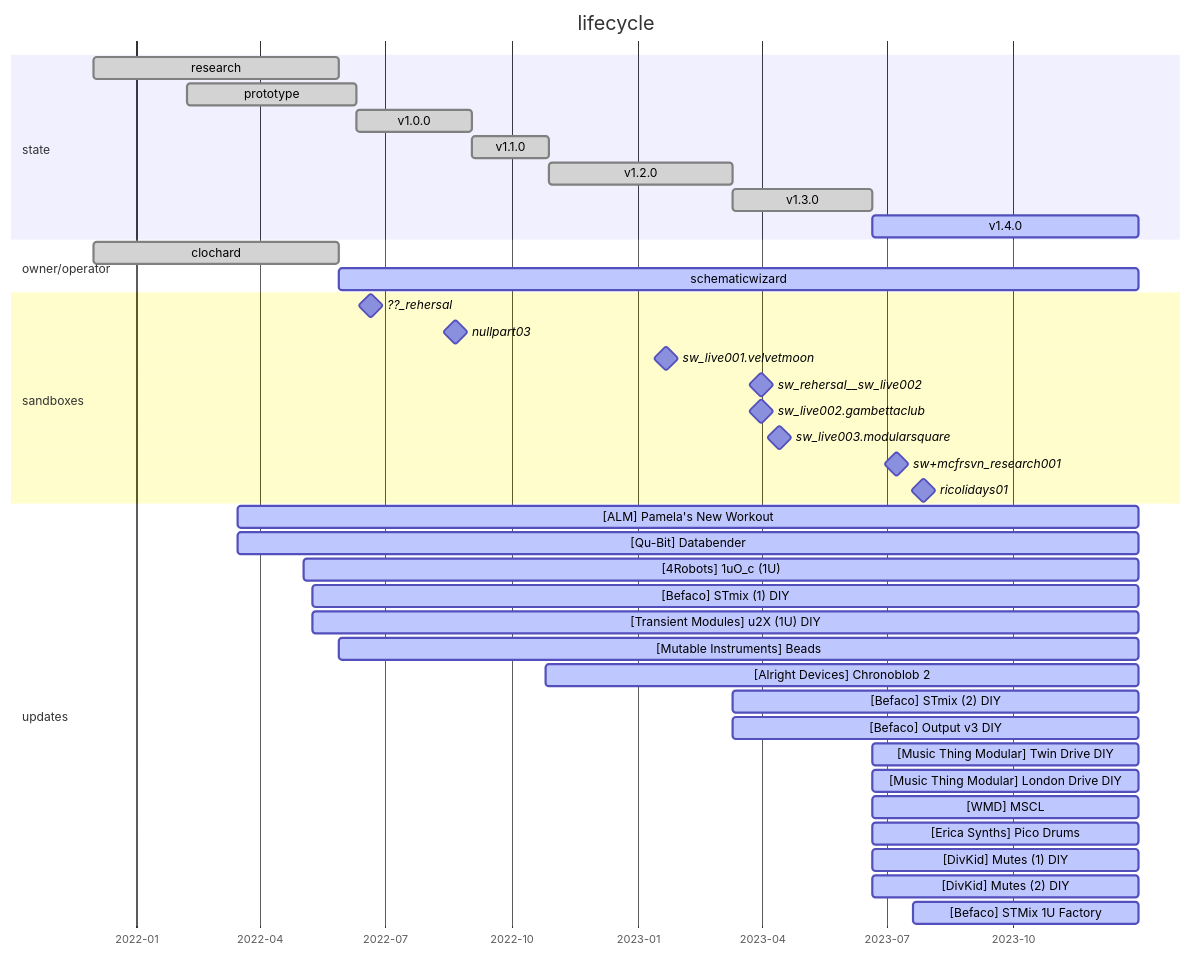
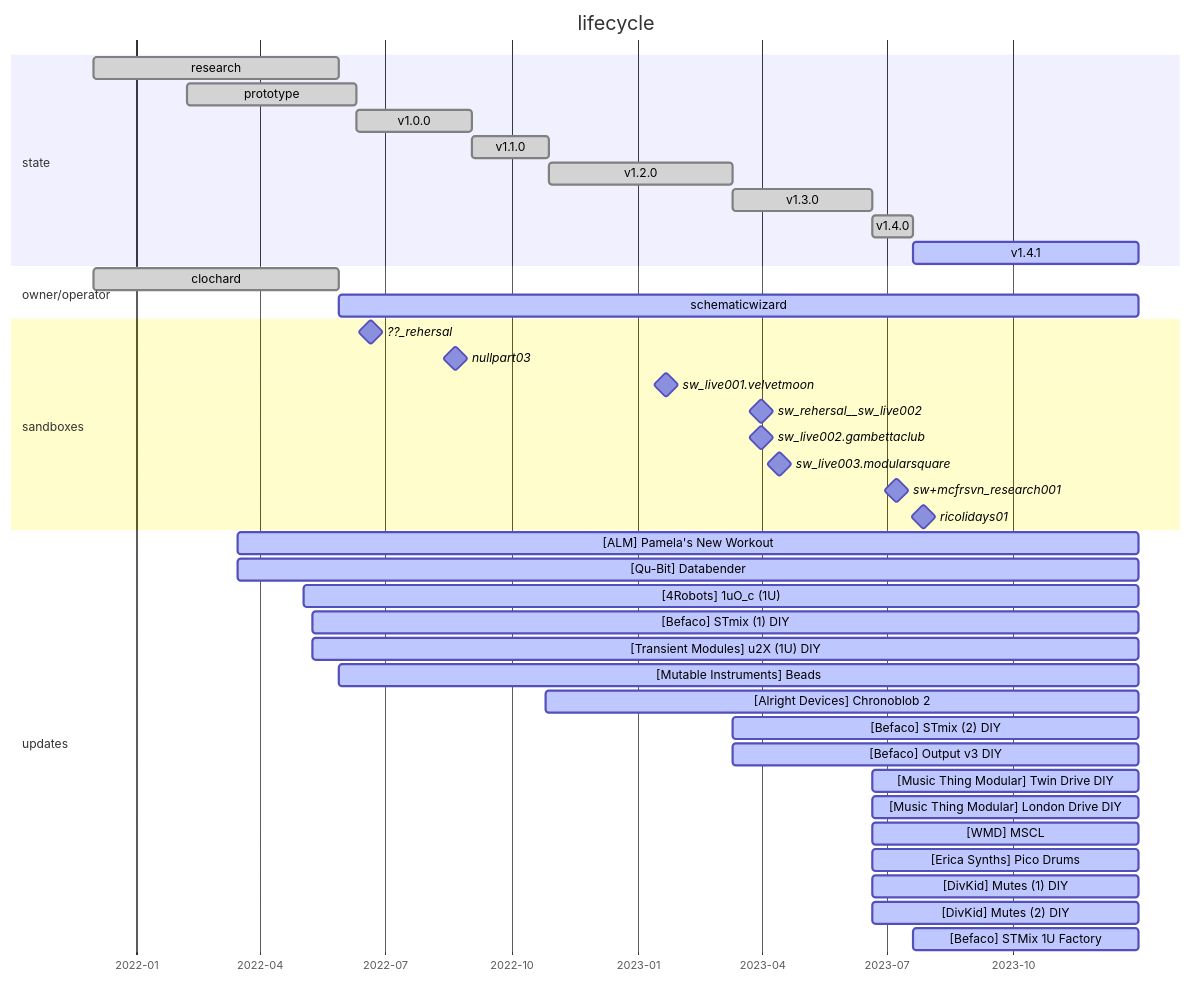
One commit to bill-of-materials/data changed the diagram in ELEMENTS/ELM-0004/ELM-0004.md. Above: the diagram before and after it, drawn with Mermaid. The commit also changed other lines of this file and 5 other files, not shown here.

````diff
--- a/ELEMENTS/ELM-0004/ELM-0004.md
+++ b/ELEMENTS/ELM-0004/ELM-0004.md
@@ -9,49 +9,50 @@
 ``` mermaid
 gantt
   todayMarker off
 
   title         lifecycle
   dateFormat    YYYY-MM-DD
   axisFormat    %Y-%m
 
   section state
   research   :done,      2021-12-01, 2022-05-28
   prototype  :done,      2022-02-07, 2022-06-10
   v1.0.0     :done,      2022-06-10, 2022-09-02
   v1.1.0     :done,      2022-09-02, 2022-10-28
   v1.2.0     :done,      2022-10-28, 2023-03-11
   v1.3.0     :done,      2023-03-11, 2023-06-20
-  v1.4.0     :active,    2023-06-20, 2023-12-31
+  v1.4.0     :done,      2023-06-20, 2023-07-20
+  v1.4.1     :active,    2023-07-20, 2023-12-31
 
   section owner/operator
   clochard          :done,      2021-12-01, 2022-05-28
   schematicwizard   :active,    2022-05-28, 2023-12-31
 
   section sandboxes
   ??_rehersal                  :milestone, 2022-06-20, 1d
   nullpart03                   :milestone, 2022-08-14, 2022-08-28
   sw_live001.velvetmoon        :milestone, 2023-01-21, 1d
   sw_rehersal__sw_live002      :milestone, 2023-03-31, 1d
   sw_live002.gambettaclub      :milestone, 2023-03-31, 1d
   sw_live003.modularsquare     :milestone, 2023-04-13, 1d
   sw+mcfrsvn_research001       :milestone, 2023-07-07, 2d
   ricolidays01                 :milestone, 2023-07-24, 2023-07-31
 
   section updates
   [ALM] Pamela's New Workout                    :active,    2022-03-16, 2023-12-31
   [Qu-Bit] Databender                           :active,    2022-03-16, 2023-12-31
   [4Robots] 1uO_c (1U)                          :active,    2022-05-03, 2023-12-31
   [Befaco] STmix (1) DIY                        :active,    2022-05-09, 2023-12-31
   [Transient Modules] u2X (1U) DIY              :active,    2022-05-09, 2023-12-31
   [Mutable Instruments] Beads                   :active,    2022-05-28, 2023-12-31
   [Alright Devices] Chronoblob 2                :active,    2022-10-26, 2023-12-31
   [Befaco] STmix (2) DIY                        :active,    2023-03-11, 2023-12-31
   [Befaco] Output v3 DIY                        :active,    2023-03-11, 2023-12-31
   [Music Thing Modular] Twin Drive DIY          :active,    2023-06-20, 2023-12-31
   [Music Thing Modular] London Drive DIY        :active,    2023-06-20, 2023-12-31
   [WMD] MSCL                                    :active,    2023-06-20, 2023-12-31
   [Erica Synths] Pico Drums                     :active,    2023-06-20, 2023-12-31
   [DivKid] Mutes (1) DIY                        :active,    2023-06-20, 2023-12-31
   [DivKid] Mutes (2) DIY                        :active,    2023-06-20, 2023-12-31
   [Befaco] STMix 1U Factory                     :active,    2023-07-20, 2023-12-31
 ```
````
